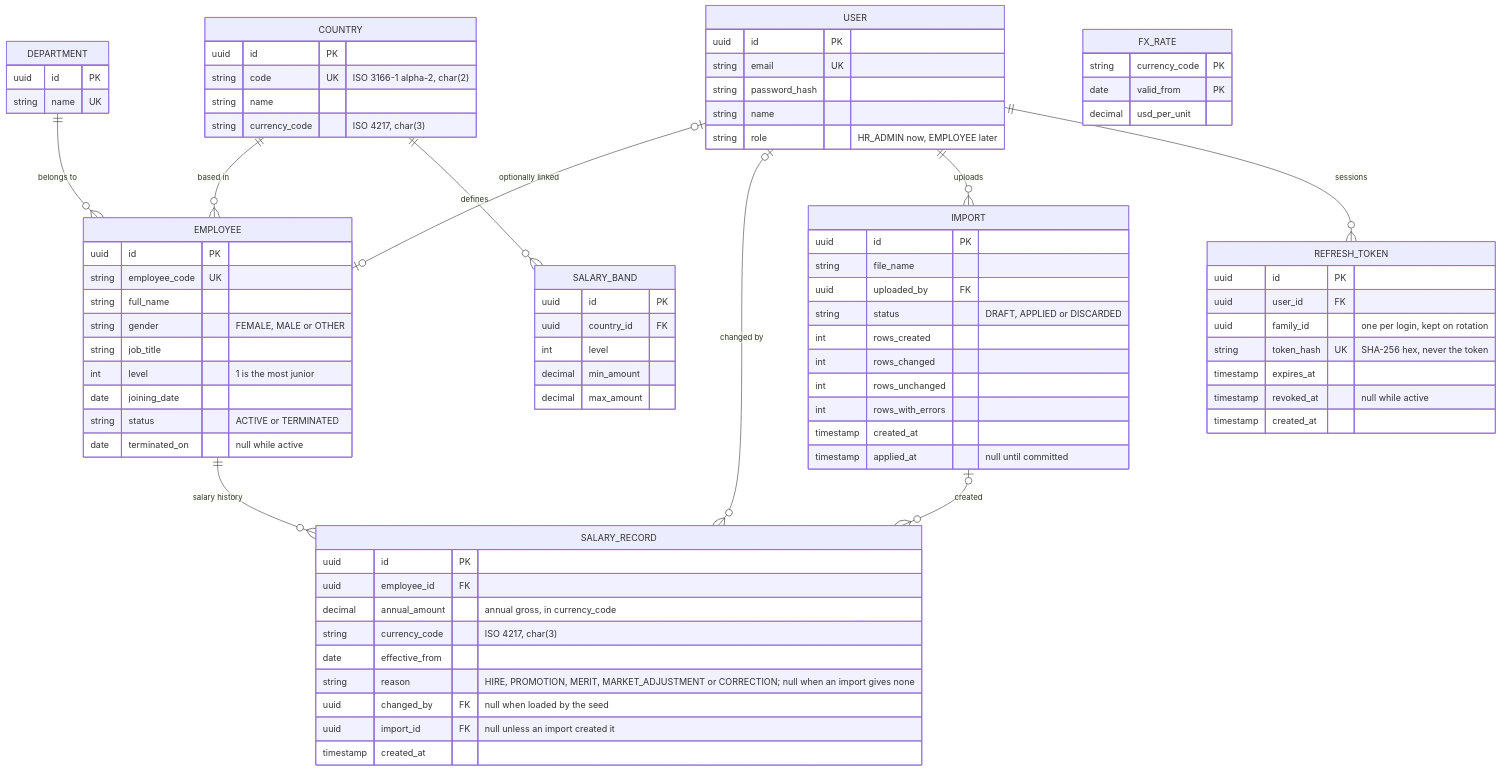
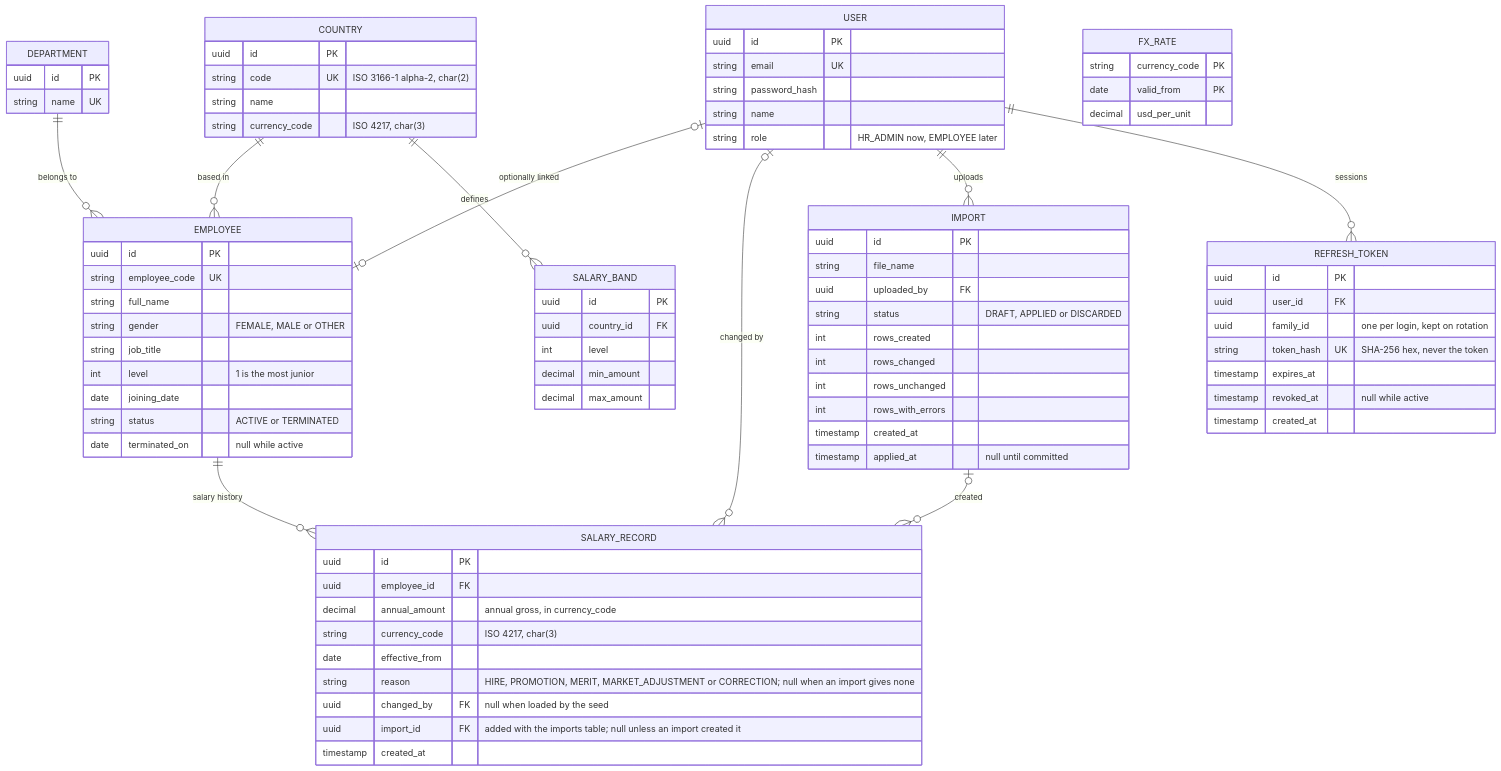
Before and after one commit to nishith7/acme-salary-management-app: the fourth of 5 diagrams in docs/architecture.md, drawn with Mermaid. The commit also changed other lines of this file and 3 other files, not shown here.

```diff
--- a/docs/architecture.md
+++ b/docs/architecture.md
@@ -104,7 +104,7 @@
     date effective_from
     string reason "HIRE, PROMOTION, MERIT, MARKET_ADJUSTMENT or CORRECTION; null when an import gives none"
     uuid changed_by FK "null when loaded by the seed"
-    uuid import_id FK "null unless an import created it"
+    uuid import_id FK "added with the imports table; null unless an import created it"
     timestamp created_at
   }
   SALARY_BAND {
```
